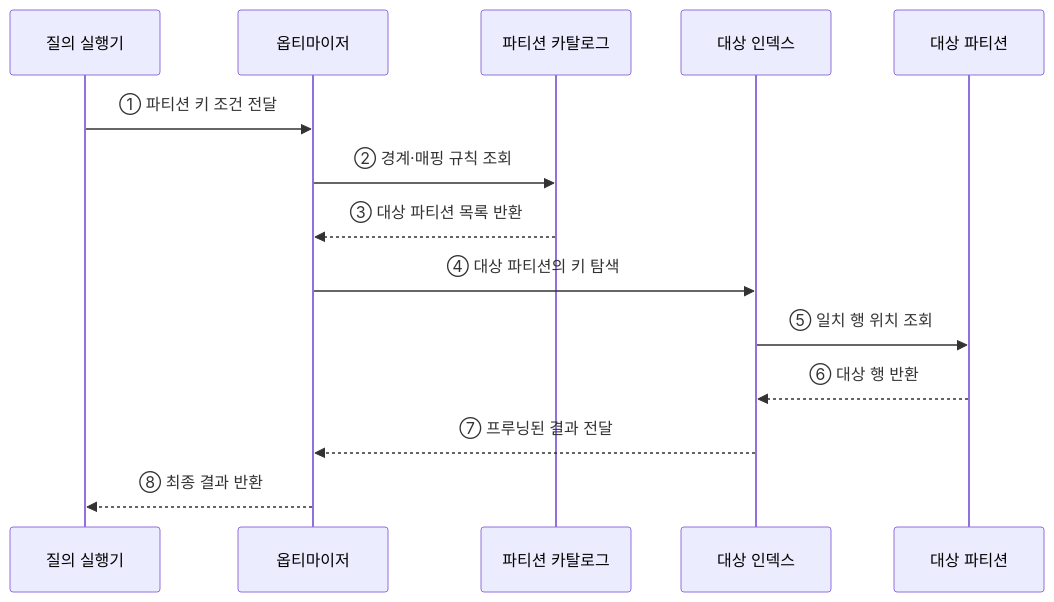
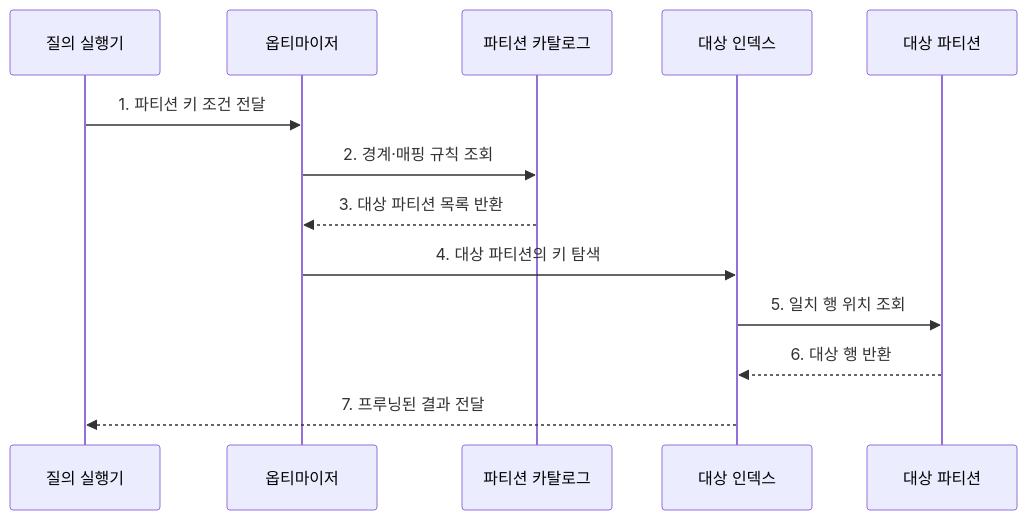
Before and after one commit to agnusdei1207/knowledge-base: the second of 2 diagrams in src/content/docs/notes/03-software/098_partitioning.md, drawn with Mermaid. The commit also changed other lines of this file and 20 other files, not shown here.

````diff
--- a/src/content/docs/notes/03-software/098_partitioning.md
+++ b/src/content/docs/notes/03-software/098_partitioning.md
@@ -69,16 +77,15 @@
 ```mermaid
 sequenceDiagram
     participant Q as 질의 실행기
     participant O as 옵티마이저
     participant C as 파티션 카탈로그
     participant I as 대상 인덱스
     participant P as 대상 파티션
-    Q->>O: ① 파티션 키 조건 전달
-    O->>C: ② 경계·매핑 규칙 조회
-    C-->>O: ③ 대상 파티션 목록 반환
-    O->>I: ④ 대상 파티션의 키 탐색
-    I->>P: ⑤ 일치 행 위치 조회
-    P-->>I: ⑥ 대상 행 반환
-    I-->>O: ⑦ 프루닝된 결과 전달
-    O-->>Q: ⑧ 최종 결과 반환
+    Q->>O: 1. 파티션 키 조건 전달
+    O->>C: 2. 경계·매핑 규칙 조회
+    C-->>O: 3. 대상 파티션 목록 반환
+    O->>I: 4. 대상 파티션의 키 탐색
+    I->>P: 5. 일치 행 위치 조회
+    P-->>I: 6. 대상 행 반환
+    I-->>Q: 7. 프루닝된 결과 전달
 ```
````
